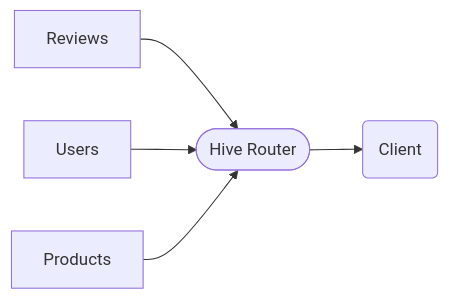
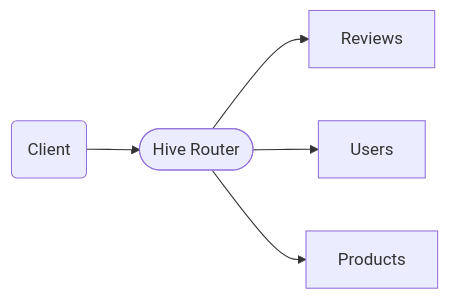
The first of 9 diagrams in slides/scaling-real-time-building-federated-subscriptions-in-rust.md (enisdenjo/slides), drawn with Mermaid before and after one commit. The commit also changed other lines of this file, not shown here.

````diff
--- a/slides/scaling-real-time-building-federated-subscriptions-in-rust.md
+++ b/slides/scaling-real-time-building-federated-subscriptions-in-rust.md
@@ -64,7 +66,7 @@
 ```mermaid
 flowchart LR
-  reviews[Reviews] --> router([Hive Router])
-  users[Users] --> router
-  products[Products] --> router
-  router --> client(Client)
+  client(Client) --> router([Hive Router])
+  router --> reviews[Reviews]
+  router --> users[Users]
+  router --> products[Products]
 ```
````
